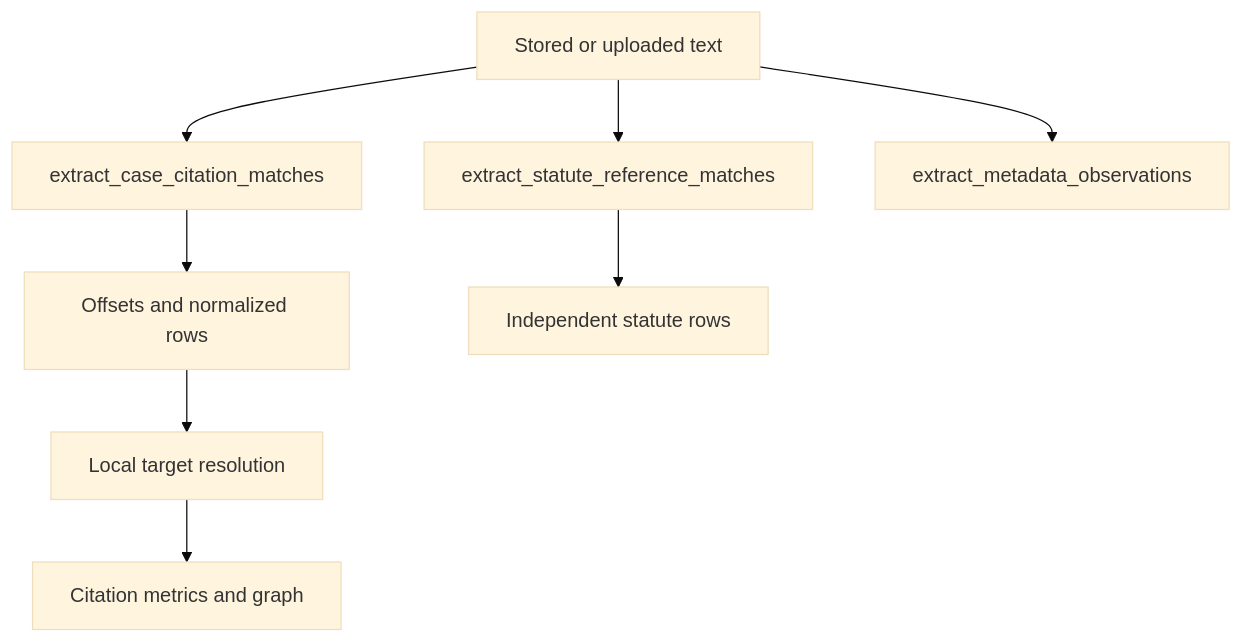
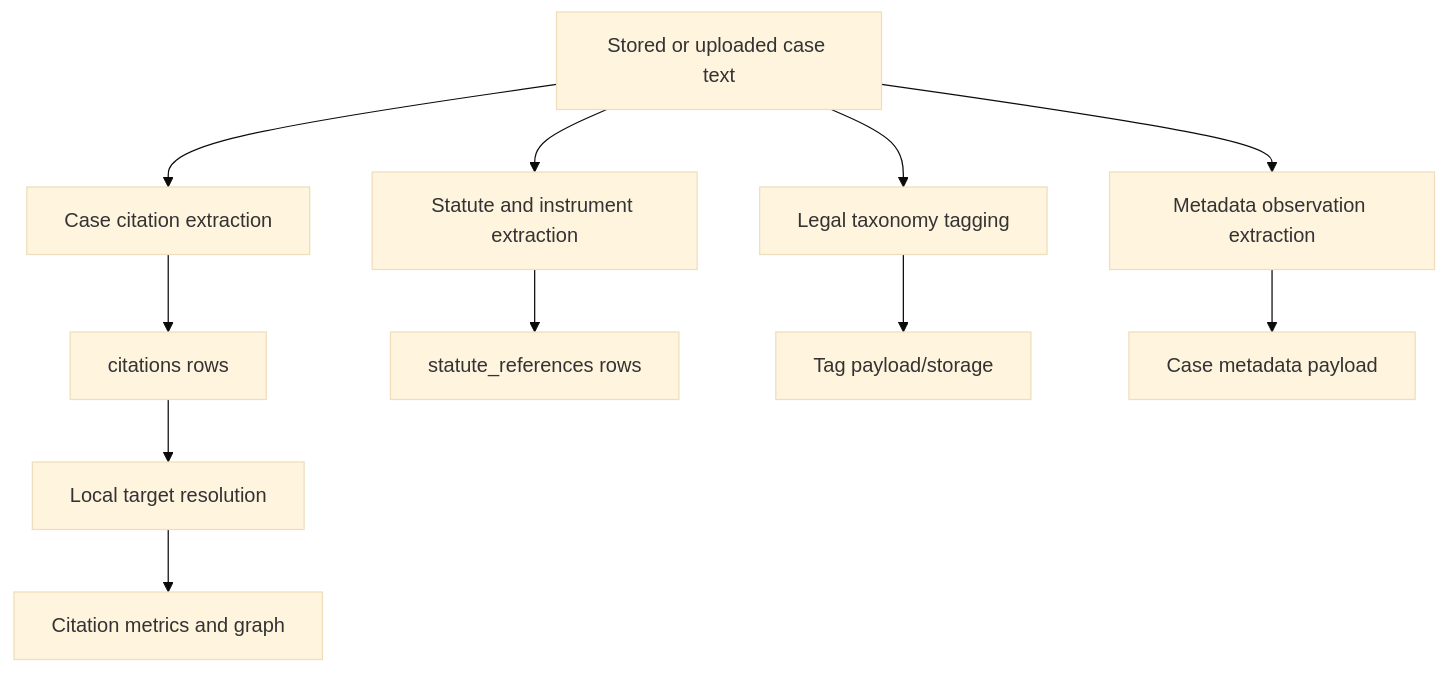
Before and after one commit to greystone-dan/LitIntelproject: the diagram in .swm/4.9nn3id9f.sw.md, drawn with Mermaid (base theme). The commit also changed other lines of this file and 14 other files, not shown here.

````diff
--- a/.swm/4.9nn3id9f.sw.md
+++ b/.swm/4.9nn3id9f.sw.md
@@ -19,10 +26,13 @@
 ```mermaid
 flowchart TD
-	Text[Stored or uploaded text] --> CaseExtract[extract_case_citation_matches]
-	Text --> LawExtract[extract_statute_reference_matches]
-	Text --> Metadata[extract_metadata_observations]
-	CaseExtract --> Spans[Offsets and normalized rows]
-	LawExtract --> StatuteRows[Independent statute rows]
-	Spans --> Resolve[Local target resolution]
+	Text[Stored or uploaded case text] --> CaseExtract[Case citation extraction]
+	Text --> LawExtract[Statute and instrument extraction]
+	Text --> TagExtract[Legal taxonomy tagging]
+	Text --> Metadata[Metadata observation extraction]
+	CaseExtract --> CaseRows[citations rows]
+	CaseRows --> Resolve[Local target resolution]
 	Resolve --> Metrics[Citation metrics and graph]
+	LawExtract --> StatuteRows[statute_references rows]
+	TagExtract --> Tags[Tag payload/storage]
+	Metadata --> MetadataRows[Case metadata payload]
 ```
````
